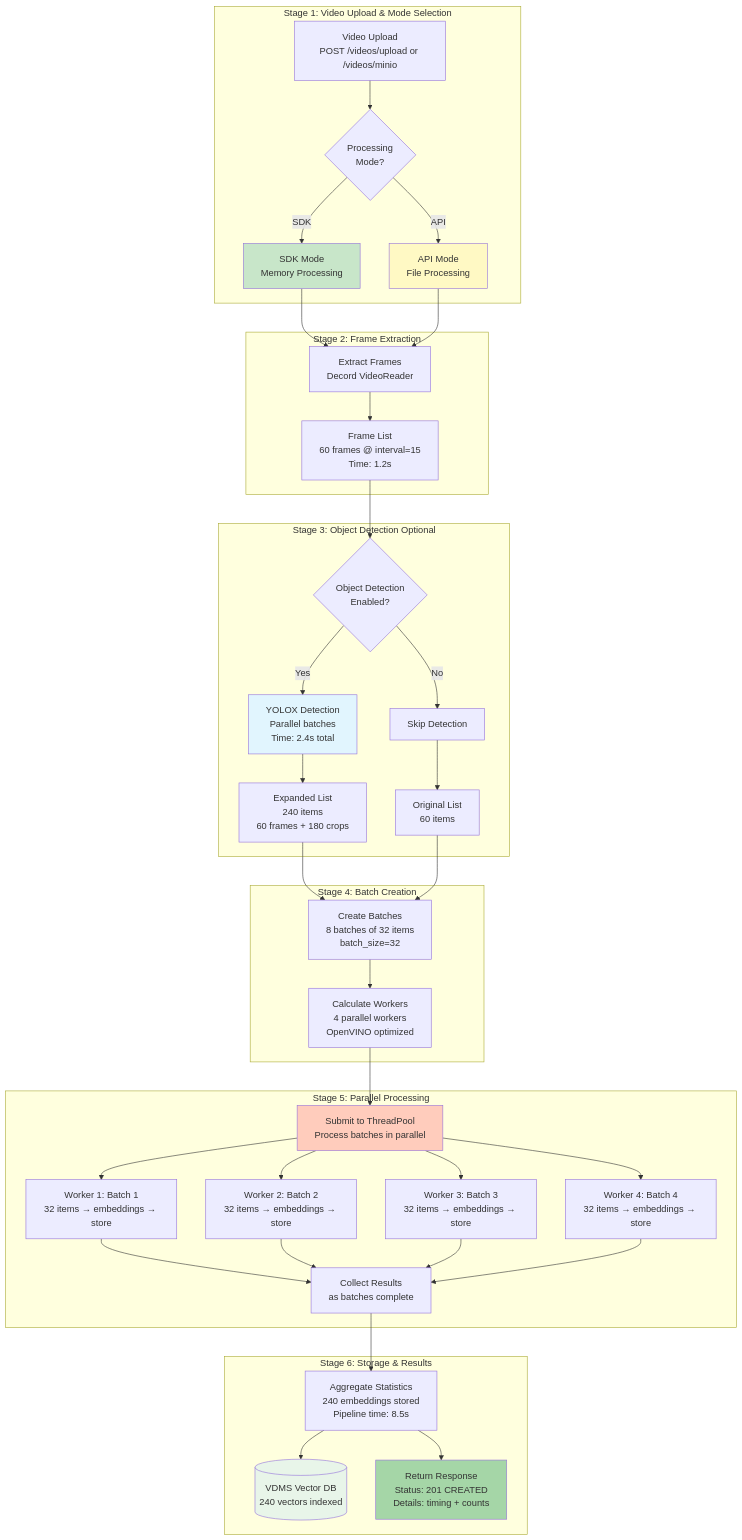
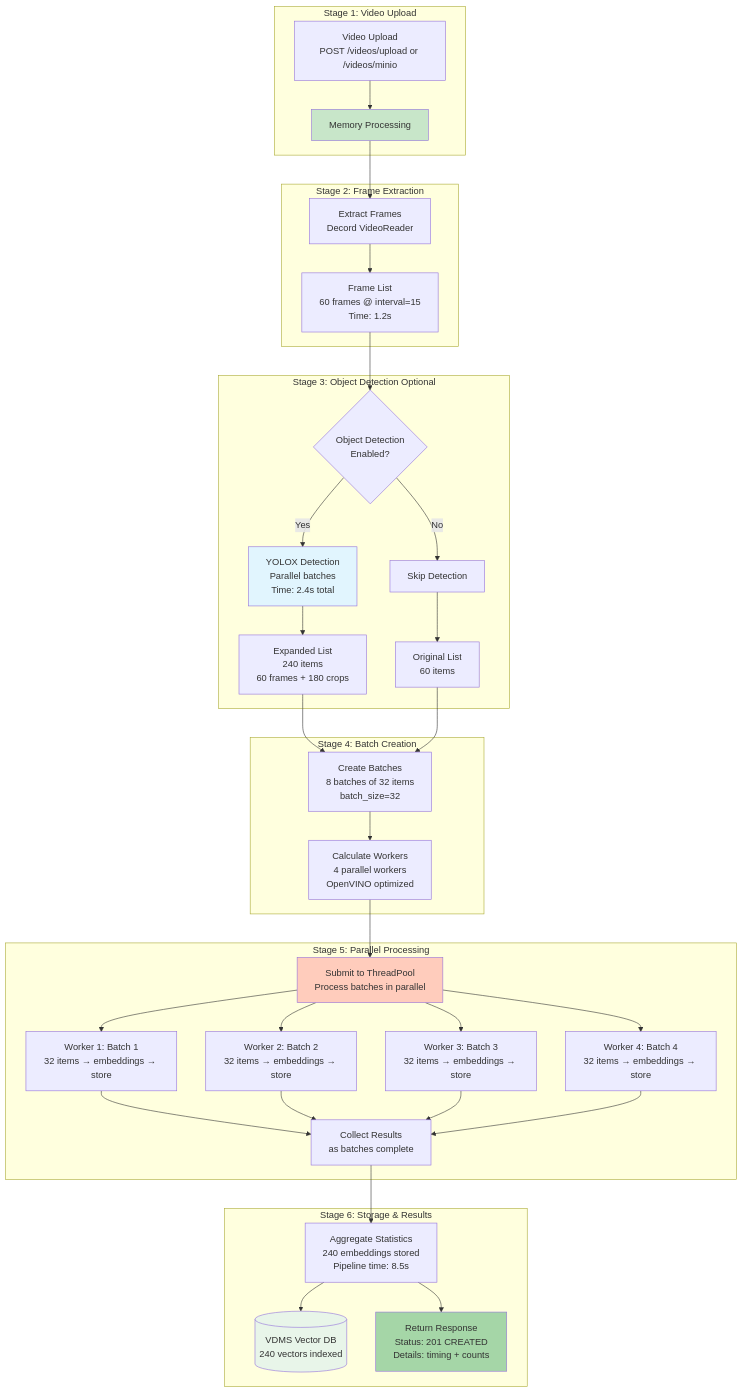
One commit to open-edge-platform/edge-ai-libraries changed the eighth of 9 diagrams in microservices/visual-data-preparation-for-retrieval/multimodal-dataprep/docs/user-guide/video-ingestion-flow.md. Above: the diagram before and after it, drawn with Mermaid. The commit also changed other lines of this file and 36 other files, not shown here.

````diff
--- a/microservices/visual-data-preparation-for-retrieval/multimodal-dataprep/docs/user-guide/video-ingestion-flow.md
+++ b/microservices/visual-data-preparation-for-retrieval/multimodal-dataprep/docs/user-guide/video-ingestion-flow.md
@@ -541,55 +517,51 @@
 ```mermaid
 graph TB
-    subgraph "Stage 1: Video Upload & Mode Selection"
-        A[Video Upload<br/>POST /videos/upload or /videos/minio] --> B{Processing<br/>Mode?}
-        B -->|SDK| C[SDK Mode<br/>Memory Processing]
-        B -->|API| D[API Mode<br/>File Processing]
+    subgraph "Stage 1: Video Upload"
+        A[Video Upload<br/>POST /videos/upload or /videos/minio] --> C[Memory Processing]
     end
-    
+
     subgraph "Stage 2: Frame Extraction"
         C --> E[Extract Frames<br/>Decord VideoReader]
-        D --> E
         E --> F[Frame List<br/>60 frames @ interval=15<br/>Time: 1.2s]
     end
-    
+
     subgraph "Stage 3: Object Detection Optional"
         F --> G{Object Detection<br/>Enabled?}
         G -->|Yes| H[YOLOX Detection<br/>Parallel batches<br/>Time: 2.4s total]
         G -->|No| I[Skip Detection]
         H --> J[Expanded List<br/>240 items<br/>60 frames + 180 crops]
         I --> K[Original List<br/>60 items]
     end
-    
+
     subgraph "Stage 4: Batch Creation"
         J --> L[Create Batches<br/>8 batches of 32 items<br/>batch_size=32]
         K --> L
         L --> M[Calculate Workers<br/>4 parallel workers<br/>OpenVINO optimized]
     end
-    
+
     subgraph "Stage 5: Parallel Processing"
         M --> N[Submit to ThreadPool<br/>Process batches in parallel]
-        
+
         N --> O1[Worker 1: Batch 1<br/>32 items → embeddings → store]
         N --> O2[Worker 2: Batch 2<br/>32 items → embeddings → store]
         N --> O3[Worker 3: Batch 3<br/>32 items → embeddings → store]
         N --> O4[Worker 4: Batch 4<br/>32 items → embeddings → store]
-        
+
         O1 --> P[Collect Results<br/>as batches complete]
         O2 --> P
         O3 --> P
         O4 --> P
     end
-    
+
     subgraph "Stage 6: Storage & Results"
         P --> Q[Aggregate Statistics<br/>240 embeddings stored<br/>Pipeline time: 8.5s]
         Q --> R[(VDMS Vector DB<br/>240 vectors indexed)]
         Q --> S[Return Response<br/>Status: 201 CREATED<br/>Details: timing + counts]
     end
-    
+
     style C fill:#c8e6c9
-    style D fill:#fff9c4
     style H fill:#e1f5fe
     style N fill:#ffccbc
     style R fill:#e8f5e9
     style S fill:#a5d6a7
 ```
````
